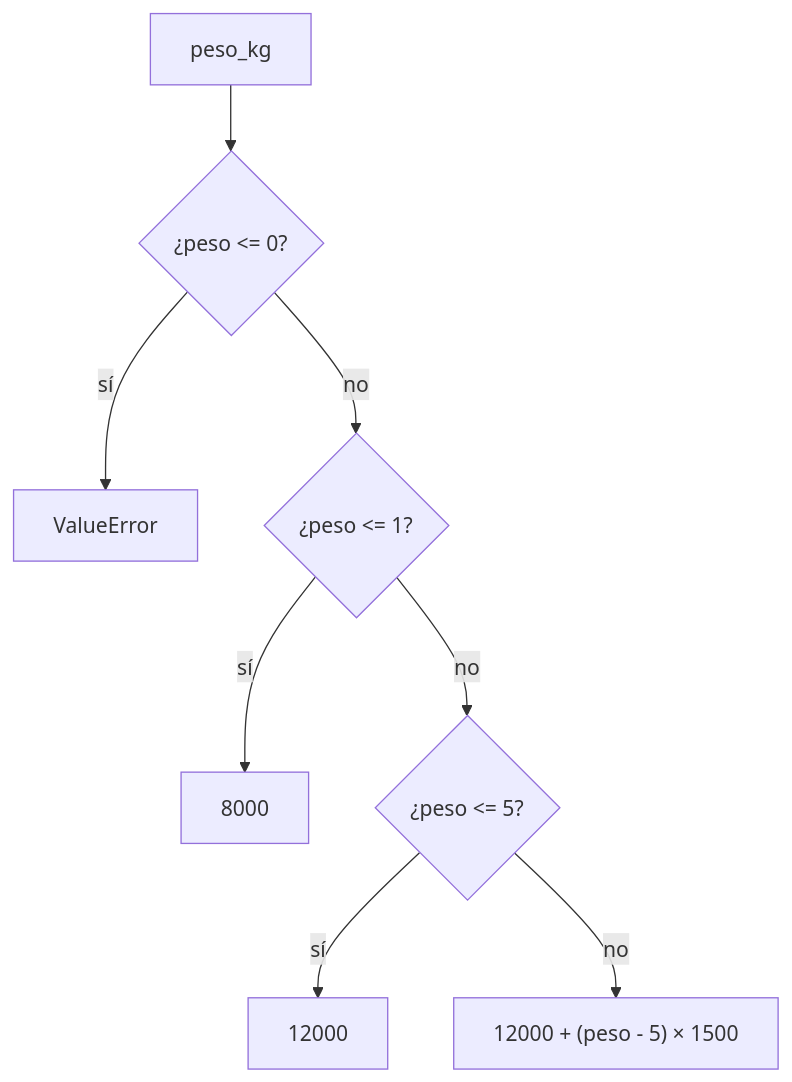
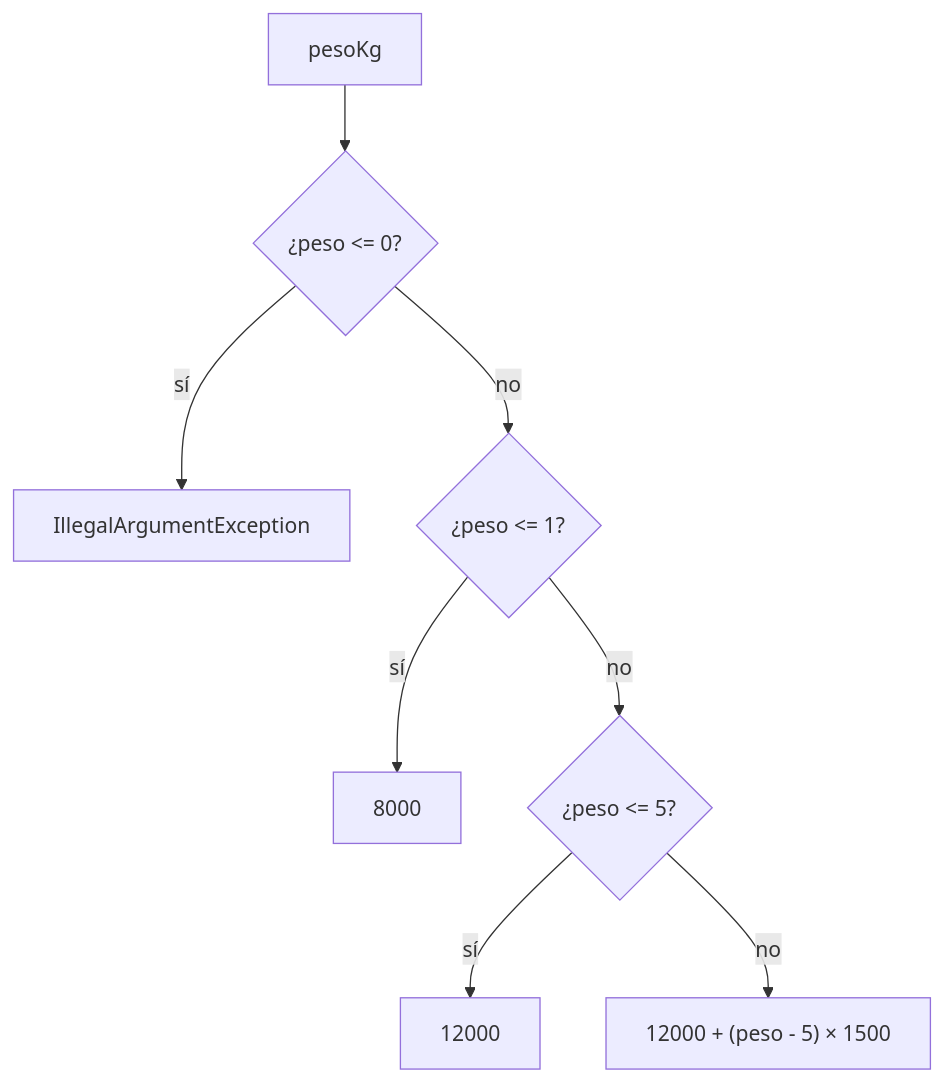
One commit to NICORUIZ93/The_Imperial_Book changed the third of 7 diagrams in web/public/content/foundations/modulo-1.md. Above: the diagram before and after it, drawn with Mermaid. The commit also changed other lines of this file and 4 other files, not shown here.

````diff
--- a/web/public/content/foundations/modulo-1.md
+++ b/web/public/content/foundations/modulo-1.md
@@ -551,10 +599,10 @@
 ```mermaid
 flowchart TD
-    P["peso_kg"] --> C0{"¿peso <= 0?"}
-    C0 -->|sí| E["ValueError"]
+    P["pesoKg"] --> C0{"¿peso <= 0?"}
+    C0 -->|sí| E["IllegalArgumentException"]
     C0 -->|no| C1{"¿peso <= 1?"}
     C1 -->|sí| T1["8000"]
     C1 -->|no| C5{"¿peso <= 5?"}
     C5 -->|sí| T5["12000"]
     C5 -->|no| TX["12000 + (peso - 5) × 1500"]
 ```
````
